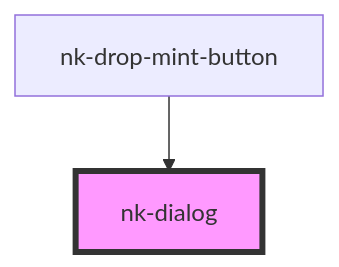
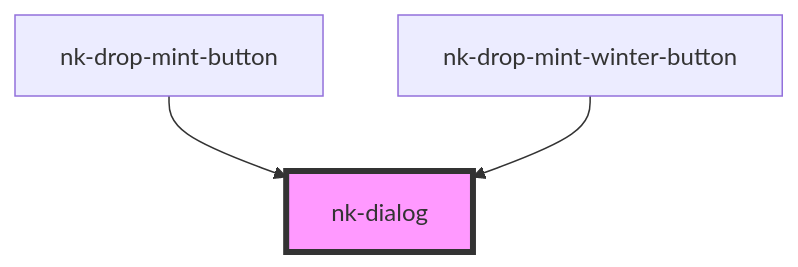
The diagram in packages/widgets/src/components/nk-dialog/readme.md (niftykit-inc/niftykit-sdk), drawn with Mermaid before and after one commit. The commit also changed other lines of this file and 7 other files, not shown here.

Commit message:
added winter button

````diff
--- a/packages/widgets/src/components/nk-dialog/readme.md
+++ b/packages/widgets/src/components/nk-dialog/readme.md
@@ -15,5 +25,6 @@
 ```mermaid
 graph TD;
   nk-drop-mint-button --> nk-dialog
+  nk-drop-mint-winter-button --> nk-dialog
   style nk-dialog fill:#f9f,stroke:#333,stroke-width:4px
 ```
````
